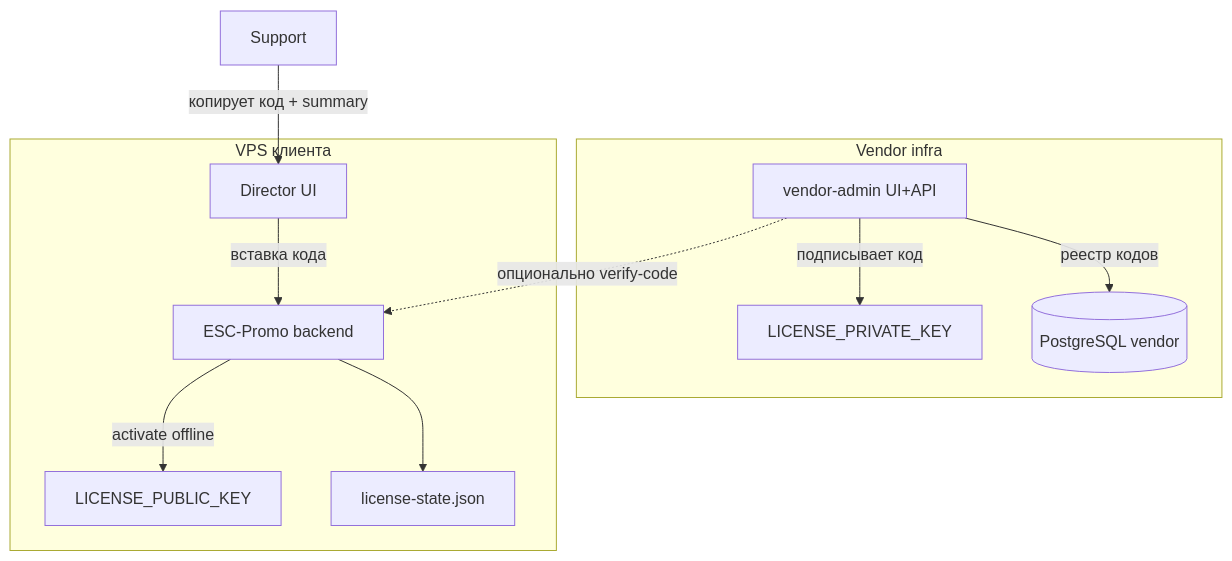
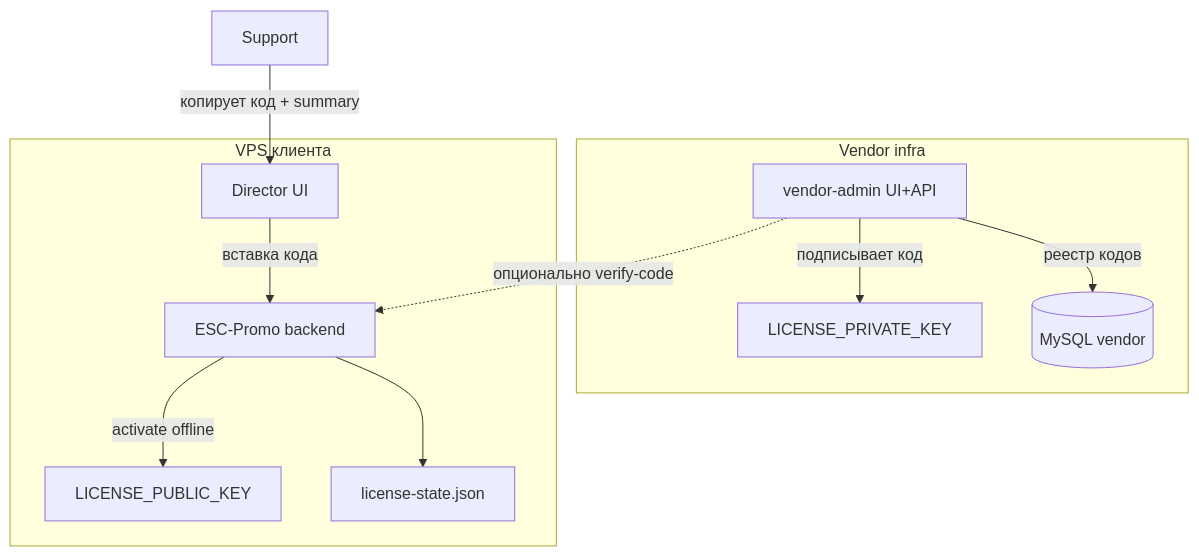
One commit to alfarius42/ESC-admin changed the diagram in docs/active/VENDOR_INTEGRATION.md. Above: the diagram before and after it, drawn with Mermaid. The commit also changed other lines of this file and 82 other files, not shown here.

````diff
--- a/docs/active/VENDOR_INTEGRATION.md
+++ b/docs/active/VENDOR_INTEGRATION.md
@@ -12,23 +32,23 @@
 ```mermaid
 flowchart TB
   subgraph vendor [Vendor infra]
     Admin[vendor-admin UI+API]
     PrivKey[LICENSE_PRIVATE_KEY]
-    VendorDB[(PostgreSQL vendor)]
+    VendorDB[(MySQL vendor)]
   end
 
   subgraph client [VPS клиента]
     Director[Director UI]
     BoxAPI[ESC-Promo backend]
     PubKey[LICENSE_PUBLIC_KEY]
     State[license-state.json]
   end
 
   Admin -->|подписывает код| PrivKey
   Admin -->|реестр кодов| VendorDB
   Admin -.->|опционально verify-code| BoxAPI
   BoxAPI -->|activate offline| PubKey
   BoxAPI --> State
   Director -->|вставка кода| BoxAPI
   Support -->|копирует код + summary| Director
 ```
````
